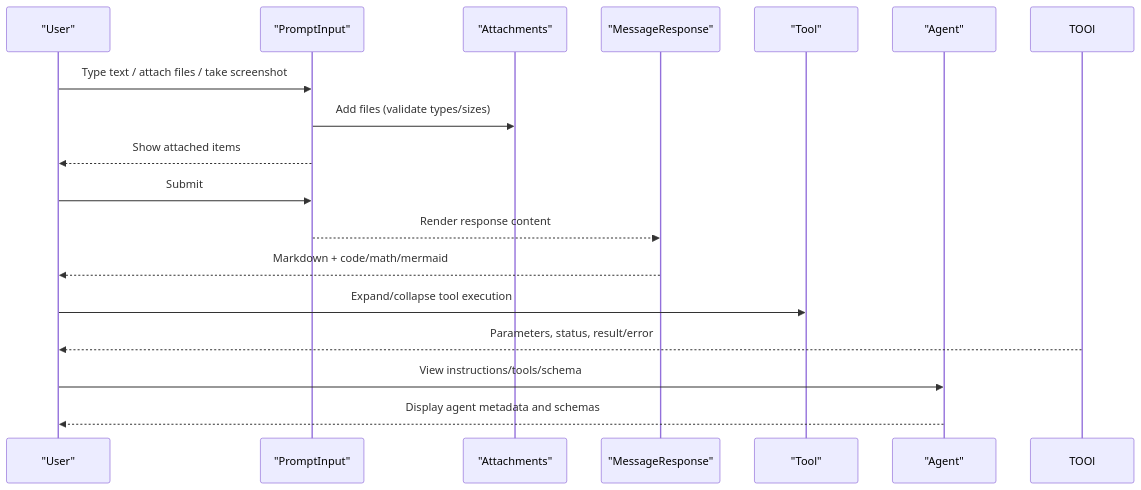
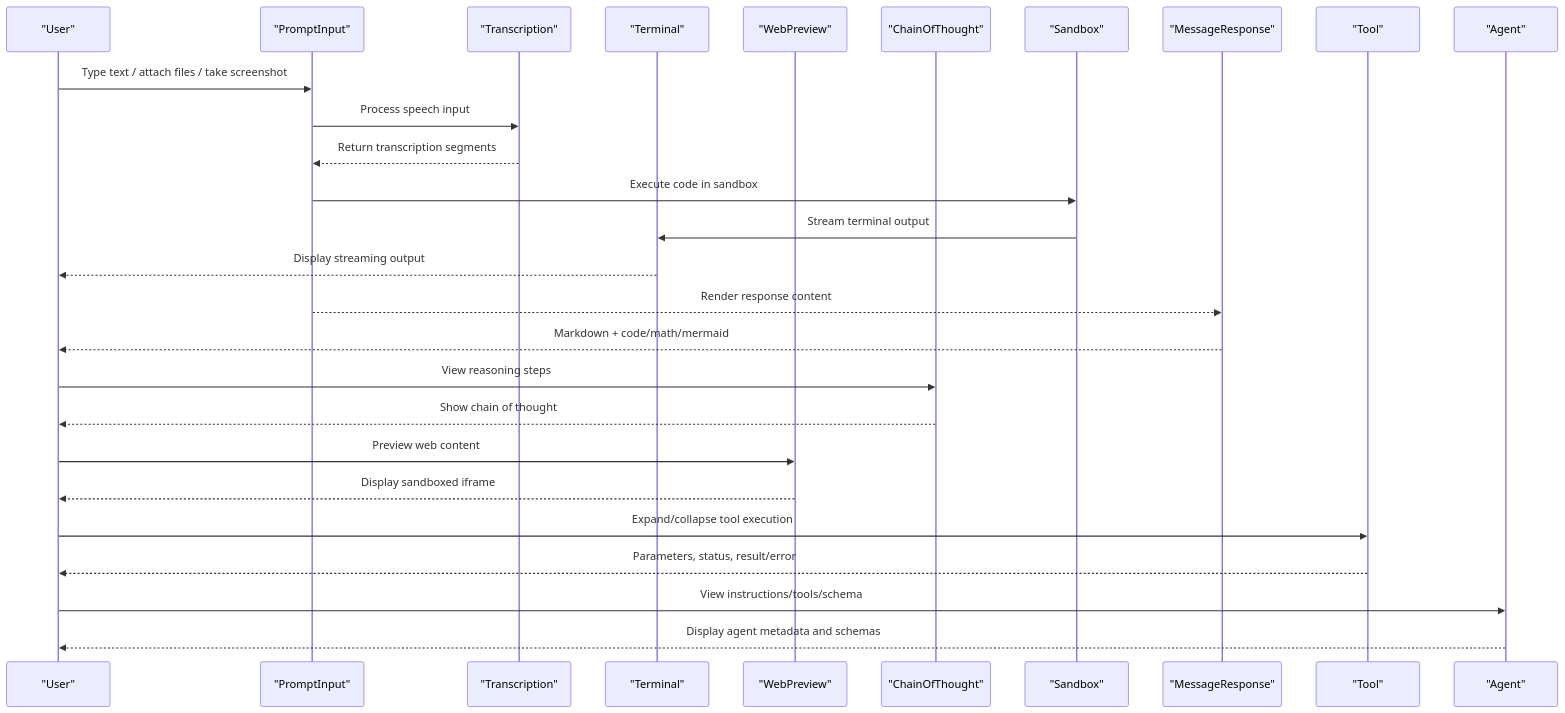
One commit to MudassarAbrar/FreshRoute-Ai changed the second of 8 diagrams in .qoder/repowiki/en/content/AI Integration/AI Elements Interface.md. Above: the diagram before and after it, drawn with Mermaid. The commit also changed other lines of this file and 105 other files, not shown here.

````diff
--- a/.qoder/repowiki/en/content/AI Integration/AI Elements Interface.md
+++ b/.qoder/repowiki/en/content/AI Integration/AI Elements Interface.md
@@ -147,19 +244,29 @@
 ```mermaid
 sequenceDiagram
 participant User as "User"
 participant PI as "PromptInput"
-participant ATT as "Attachments"
+participant TR as "Transcription"
+participant TERM as "Terminal"
+participant WP as "WebPreview"
+participant CT as "ChainOfThought"
+participant SB as "Sandbox"
 participant MSG as "MessageResponse"
 participant TOOL as "Tool"
 participant AG as "Agent"
 User->>PI : Type text / attach files / take screenshot
-PI->>ATT : Add files (validate types/sizes)
-PI-->>User : Show attached items
-User->>PI : Submit
+PI->>TR : Process speech input
+TR-->>PI : Return transcription segments
+PI->>SB : Execute code in sandbox
+SB->>TERM : Stream terminal output
+TERM-->>User : Display streaming output
 PI-->>MSG : Render response content
 MSG-->>User : Markdown + code/math/mermaid
+User->>CT : View reasoning steps
+CT-->>User : Show chain of thought
+User->>WP : Preview web content
+WP-->>User : Display sandboxed iframe
 User->>TOOL : Expand/collapse tool execution
-TOOl-->>User : Parameters, status, result/error
+TOOL-->>User : Parameters, status, result/error
 User->>AG : View instructions/tools/schema
 AG-->>User : Display agent metadata and schemas
 ```
````
